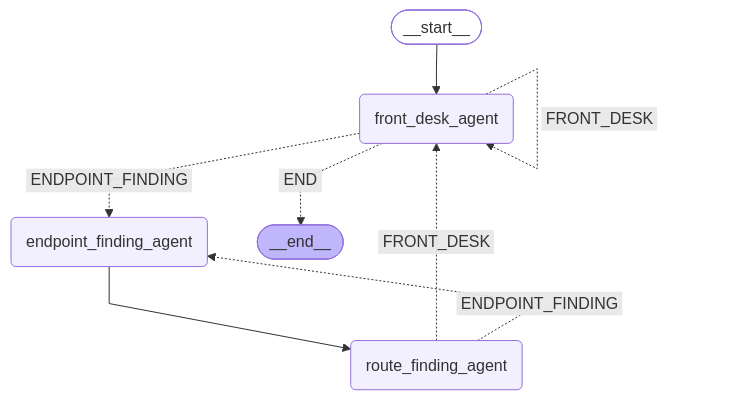
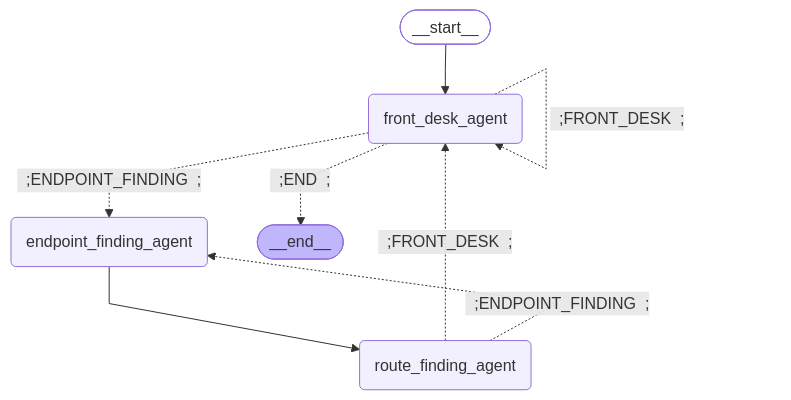
The diagram in examples/with_langgraph/README.md (couchbaselabs/agent-catalog), drawn with Mermaid before and after one commit. The commit also changed other lines of this file and 28 other files, not shown here.

````diff
--- a/examples/with_langgraph/README.md
+++ b/examples/with_langgraph/README.md
@@ -21,19 +21,20 @@
 ```mermaid
 %%{init: {'flowchart': {'curve': 'linear'}}}%%
-graph TD;
-	__start__([<p>__start__</p>]):::first
-	front_desk_agent(front_desk_agent)
-	endpoint_finding_agent(endpoint_finding_agent)
-	route_finding_agent(route_finding_agent)
-	__end__([<p>__end__</p>]):::last
-	__start__ --> front_desk_agent;
-	endpoint_finding_agent --> route_finding_agent;
-	front_desk_agent -. &nbsp;ENDPOINT_FINDING&nbsp; .-> endpoint_finding_agent;
-	front_desk_agent -. &nbsp;END&nbsp; .-> __end__;
-	route_finding_agent -. &nbsp;FRONT_DESK&nbsp; .-> front_desk_agent;
-	route_finding_agent -. &nbsp;ENDPOINT_FINDING&nbsp; .-> endpoint_finding_agent;
-	front_desk_agent -. &nbsp;FRONT_DESK&nbsp; .-> front_desk_agent;
-	classDef default fill:#f2f0ff,line-height:1.2
-	classDef first fill-opacity:0
-	classDef last fill:#bfb6fc
+graph TD
+;
+    __start__([<p>__start__</p>]):::first
+    front_desk_agent(front_desk_agent)
+    endpoint_finding_agent(endpoint_finding_agent)
+    route_finding_agent(route_finding_agent)
+    __end__([<p>__end__</p>]):::last
+    __start__ --> front_desk_agent;
+    endpoint_finding_agent --> route_finding_agent;
+    front_desk_agent -. &nbsp ;ENDPOINT_FINDING&nbsp ; .-> endpoint_finding_agent;
+front_desk_agent -. &nbsp ;END&nbsp ; .-> __end__;
+route_finding_agent -. &nbsp ;FRONT_DESK&nbsp ; .-> front_desk_agent;
+route_finding_agent -. &nbsp ;ENDPOINT_FINDING&nbsp ; .-> endpoint_finding_agent;
+front_desk_agent -. &nbsp ;FRONT_DESK&nbsp ; .-> front_desk_agent;
+classDef default fill:#f2f0ff, line-height: 1.2
+classDef first fill-opacity:0
+classDef last fill: #bfb6fc
 ```
````
